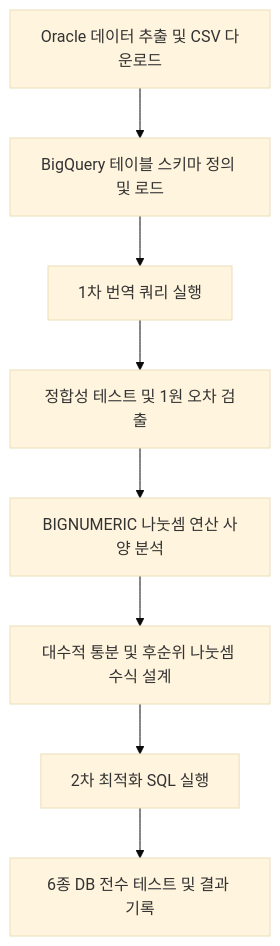
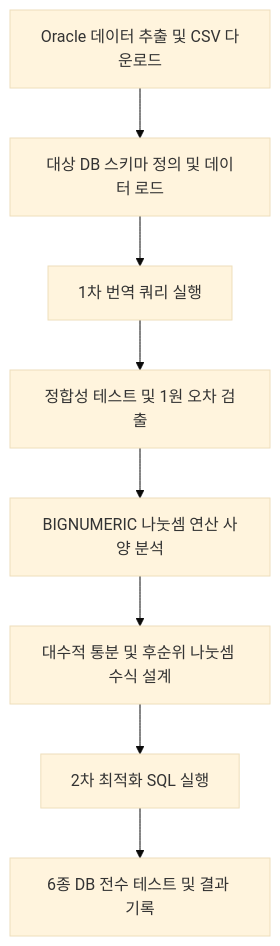
The first of 2 diagrams in _posts/2026-06-02-financial-settlement-db-precision-guide.md (hajekim/hajekim.github.io), drawn with Mermaid (base theme) before and after one commit. The commit also changed other lines of this file, not shown here.

````diff
--- a/_posts/2026-06-02-financial-settlement-db-precision-guide.md
+++ b/_posts/2026-06-02-financial-settlement-db-precision-guide.md
@@ -40,10 +40,10 @@
 ```mermaid
 graph TD
-    A[Oracle 데이터 추출 및 CSV 다운로드] --> B[BigQuery 테이블 스키마 정의 및 로드]
+    A[Oracle 데이터 추출 및 CSV 다운로드] --> B[대상 DB 스키마 정의 및 데이터 로드]
     B --> C[1차 번역 쿼리 실행]
     C --> D[정합성 테스트 및 1원 오차 검출]
     D --> E[BIGNUMERIC 나눗셈 연산 사양 분석]
     E --> F[대수적 통분 및 후순위 나눗셈 수식 설계]
     F --> G[2차 최적화 SQL 실행]
     G --> H[6종 DB 전수 테스트 및 결과 기록]
 ```
````
